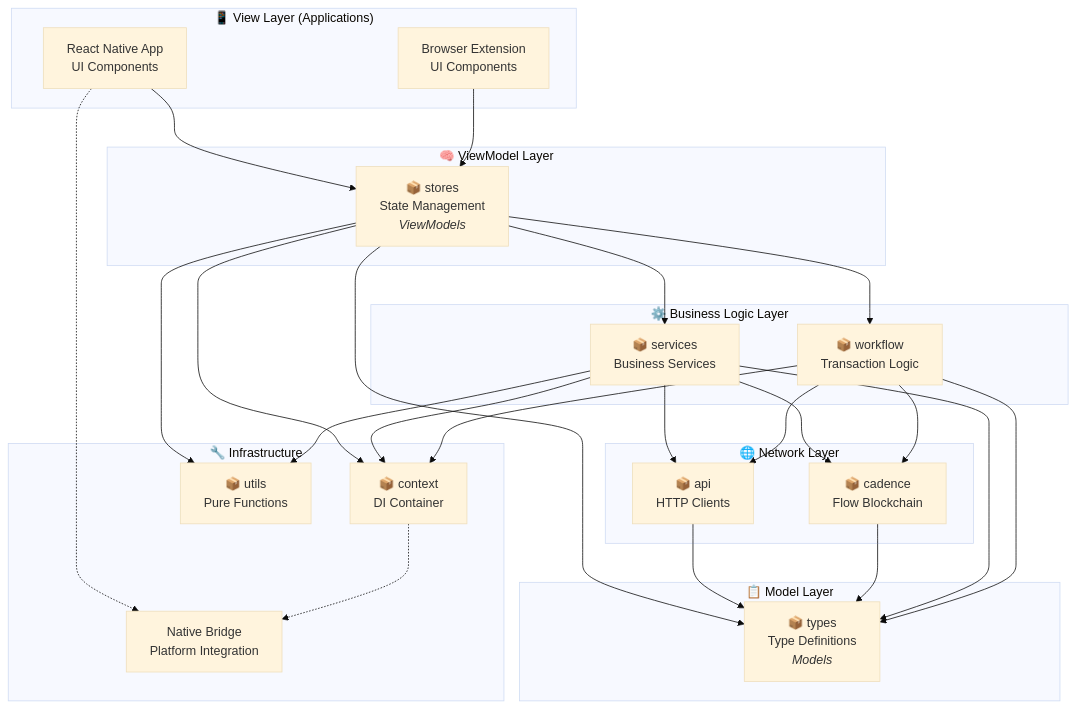
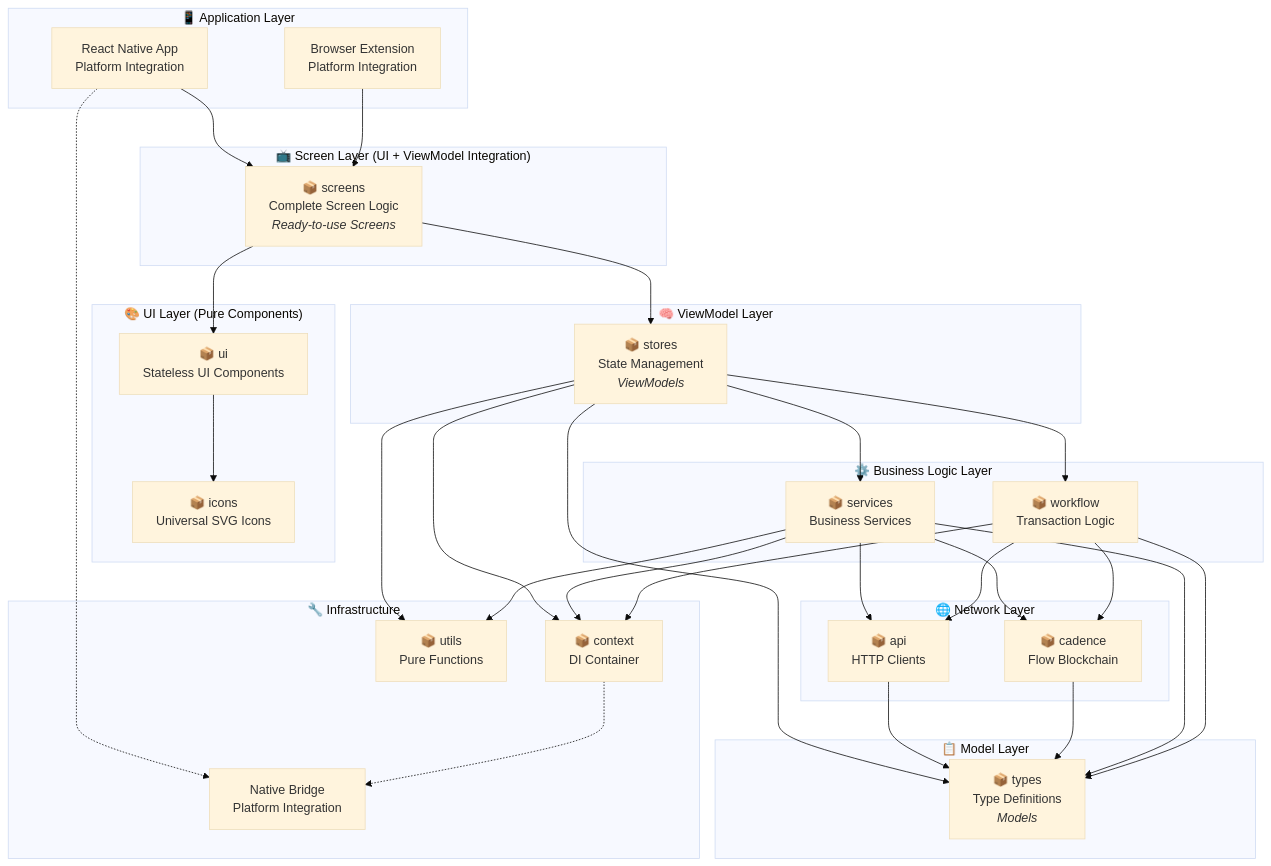
Before and after one commit to onflow/FRW-monorepo: the diagram in docs/ARCHITECTURE.md, drawn with Mermaid (base theme). The commit also changed other lines of this file and 3 other files, not shown here.

````diff
--- a/docs/ARCHITECTURE.md
+++ b/docs/ARCHITECTURE.md
@@ -12,59 +12,72 @@
 ```mermaid
 graph TB
-    subgraph "📱 View Layer (Applications)"
-        RN[React Native App<br/>UI Components]
-        EXT[Browser Extension<br/>UI Components]
+    subgraph "📱 Application Layer"
+        RN[React Native App<br/>Platform Integration]
+        EXT[Browser Extension<br/>Platform Integration]
+    end
+
+    subgraph "📺 Screen Layer (UI + ViewModel Integration)"
+        SCREENS[📦 screens<br/>Complete Screen Logic<br/><i>Ready-to-use Screens</i>]
+    end
+
+    subgraph "🎨 UI Layer (Pure Components)"
+        UI[📦 ui<br/>Stateless UI Components]
+        ICONS[📦 icons<br/>Universal SVG Icons]
     end
 
     subgraph "🧠 ViewModel Layer"
         STORES[📦 stores<br/>State Management<br/><i>ViewModels</i>]
     end
 
     subgraph "⚙️ Business Logic Layer"
         SERVICES[📦 services<br/>Business Services]
         WORKFLOW[📦 workflow<br/>Transaction Logic]
     end
 
     subgraph "🌐 Network Layer"
         API[📦 api<br/>HTTP Clients]
         CADENCE[📦 cadence<br/>Flow Blockchain]
     end
 
     subgraph "📋 Model Layer"
         TYPES[📦 types<br/>Type Definitions<br/><i>Models</i>]
     end
 
     subgraph "🔧 Infrastructure"
         CONTEXT[📦 context<br/>DI Container]
         UTILS[📦 utils<br/>Pure Functions]
         BRIDGE[Native Bridge<br/>Platform Integration]
     end
 
-    %% MVVM Data Flow
-    RN --> STORES
-    EXT --> STORES
+    %% MVVM Data Flow with Screen Layer
+    RN --> SCREENS
+    EXT --> SCREENS
+
+    SCREENS --> UI
+    SCREENS --> STORES
+    UI --> ICONS
 
     STORES --> SERVICES
     STORES --> WORKFLOW
     STORES --> TYPES
 
     SERVICES --> API
     SERVICES --> CADENCE
     WORKFLOW --> API
     WORKFLOW --> CADENCE
 
     API --> TYPES
     CADENCE --> TYPES
     SERVICES --> TYPES
     WORKFLOW --> TYPES
 
     %% Infrastructure dependencies
     STORES --> CONTEXT
     SERVICES --> CONTEXT
     WORKFLOW --> CONTEXT
     STORES --> UTILS
     SERVICES --> UTILS
 
     RN -.-> BRIDGE
     CONTEXT -.-> BRIDGE
 ```
````
